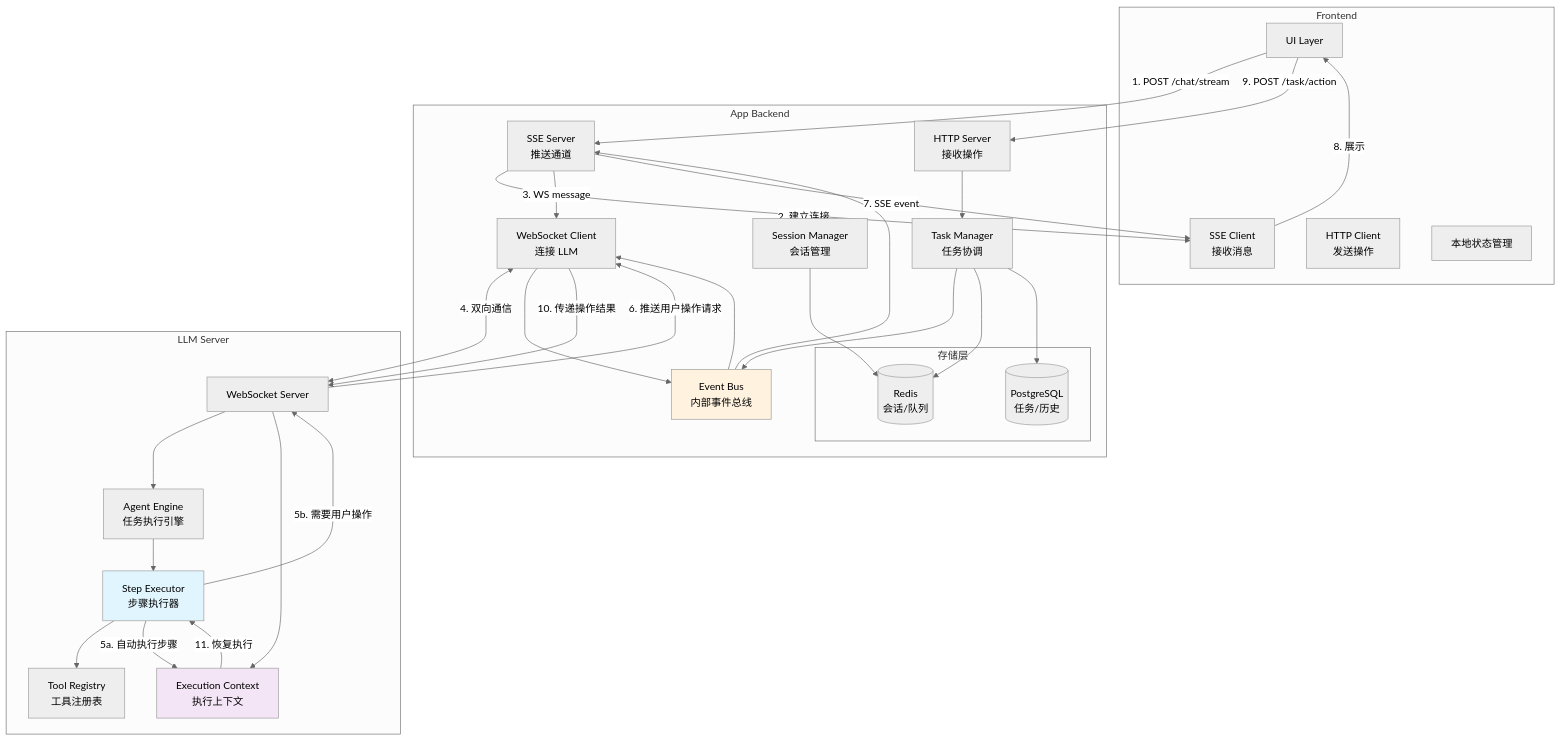
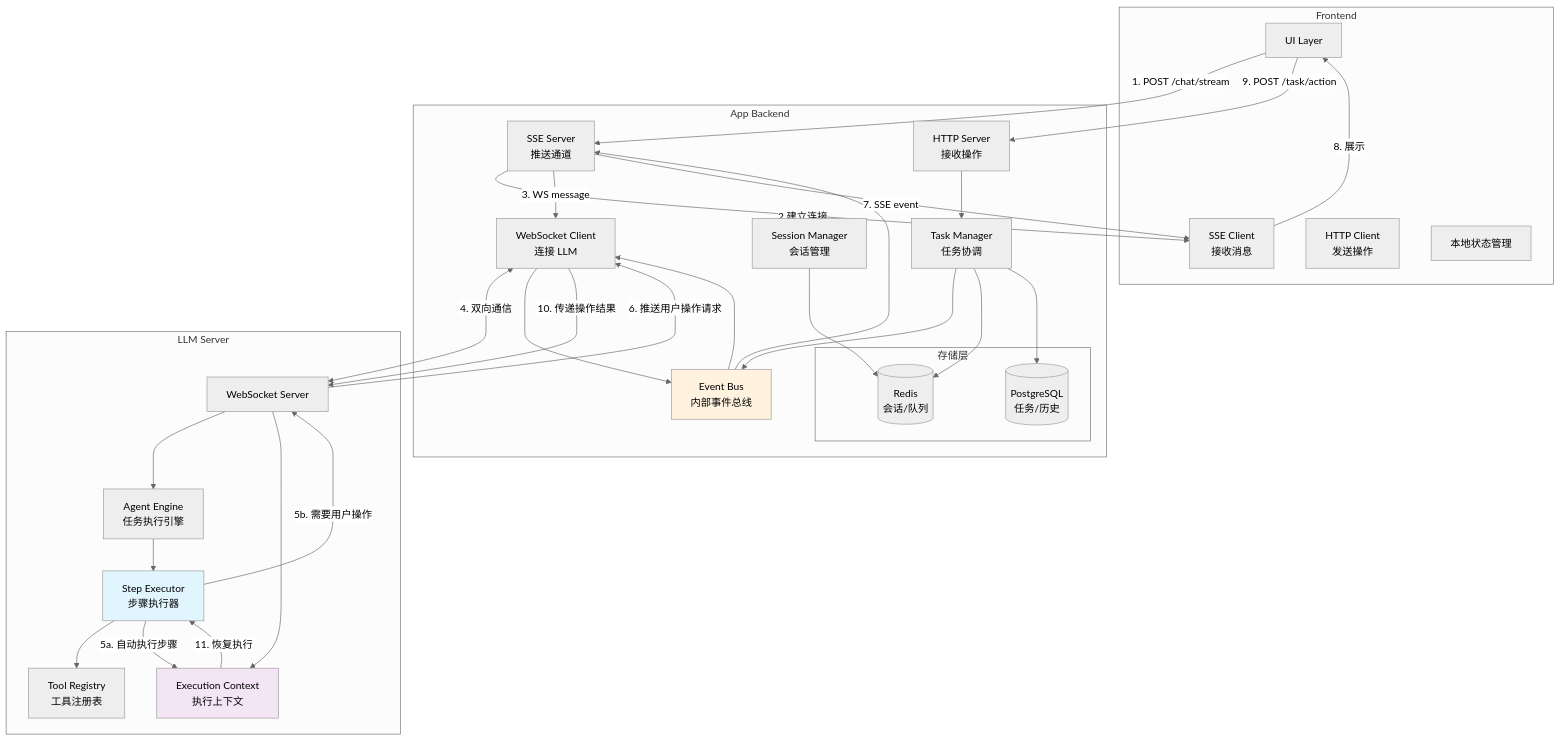
The diagram in all/未命名-10.md (yingjianzh/iodraw-files), drawn with Mermaid (neutral theme) before and after one commit.

Commit message:
2025-12-18 10:01:26 update

````diff
--- a/all/未命名-10.md
+++ b/all/未命名-10.md
@@ -1,65 +1,65 @@
 ```mermaid
 graph TB
     subgraph Frontend["Frontend"]
         UI[UI Layer]
         SSE_C[SSE Client<br/>接收消息]
         HTTP_C[HTTP Client<br/>发送操作]
         LocalState[本地状态管理]
     end
 
     subgraph AppBackend["App Backend"]
         SSE_S[SSE Server<br/>推送通道]
         HTTP_S[HTTP Server<br/>接收操作]
         WS_Client[WebSocket Client<br/>连接 LLM]
         
         SessionMgr[Session Manager<br/>会话管理]
         TaskMgr[Task Manager<br/>任务协调]
         EventBus[Event Bus<br/>内部事件总线]
         
         subgraph Storage["存储层"]
             Redis[(Redis<br/>会话/队列)]
             DB[(PostgreSQL<br/>任务/历史)]
         end
     end
 
     subgraph LLMServer["LLM Server"]
         WS_Server[WebSocket Server]
         AgentEngine[Agent Engine<br/>任务执行引擎]
         StepExecutor[Step Executor<br/>步骤执行器]
         ToolRegistry[Tool Registry<br/>工具注册表]
         ExecutionCtx[Execution Context<br/>执行上下文]
     end
 
     UI -->|1. POST /chat/stream| SSE_S
-    SSE_S -->|2. 建立连接| SSE_C
+    SSE_S -->|2.建立连接| SSE_C
     SSE_S -->|3. WS message| WS_Client
     WS_Client <-->|4. 双向通信| WS_Server
     
     WS_Server --> AgentEngine
     AgentEngine --> StepExecutor
     StepExecutor --> ToolRegistry
     
     StepExecutor -->|5a. 自动执行步骤| ExecutionCtx
     StepExecutor -->|5b. 需要用户操作| WS_Server
     WS_Server -->|6. 推送用户操作请求| WS_Client
     WS_Client --> EventBus
     EventBus --> SSE_S
     SSE_S -->|7. SSE event| SSE_C
     SSE_C -->|8. 展示| UI
     
     UI -->|9. POST /task/action| HTTP_S
     HTTP_S --> TaskMgr
     TaskMgr --> EventBus
     EventBus --> WS_Client
     WS_Client -->|10. 传递操作结果| WS_Server
     WS_Server --> ExecutionCtx
     ExecutionCtx -->|11. 恢复执行| StepExecutor
     
     SessionMgr --> Redis
     TaskMgr --> Redis
     TaskMgr --> DB
     
     style StepExecutor fill:#e1f5ff
     style EventBus fill:#fff3e0
     style ExecutionCtx fill:#f3e5f5
 ```
````
